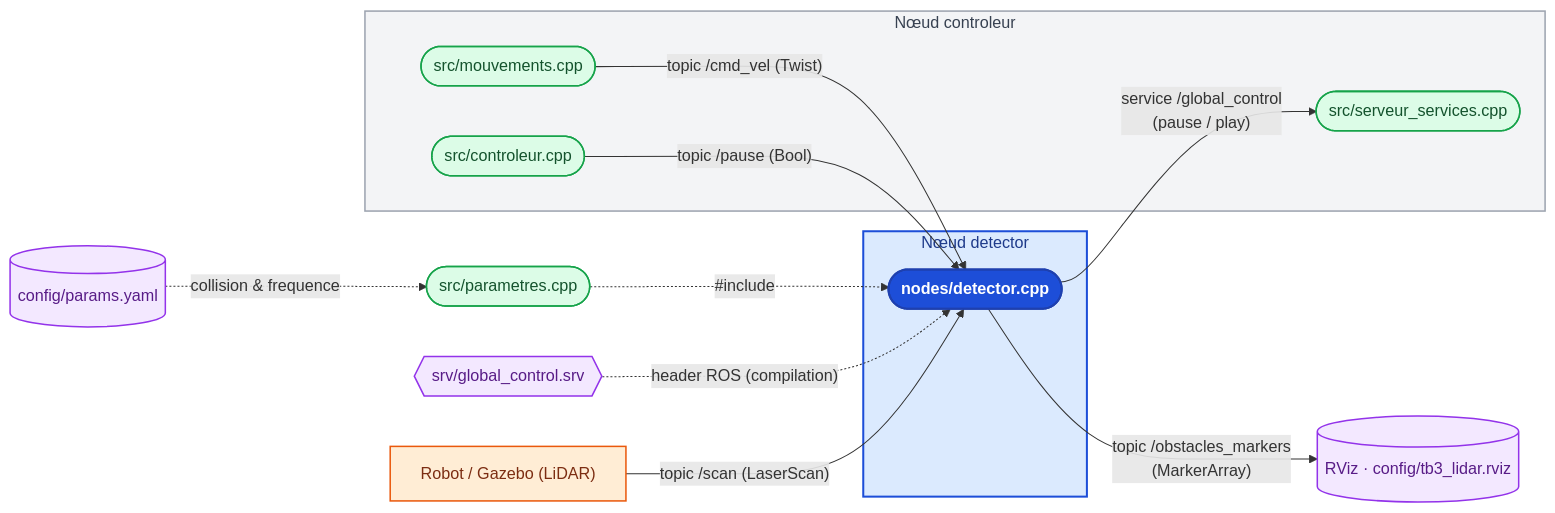
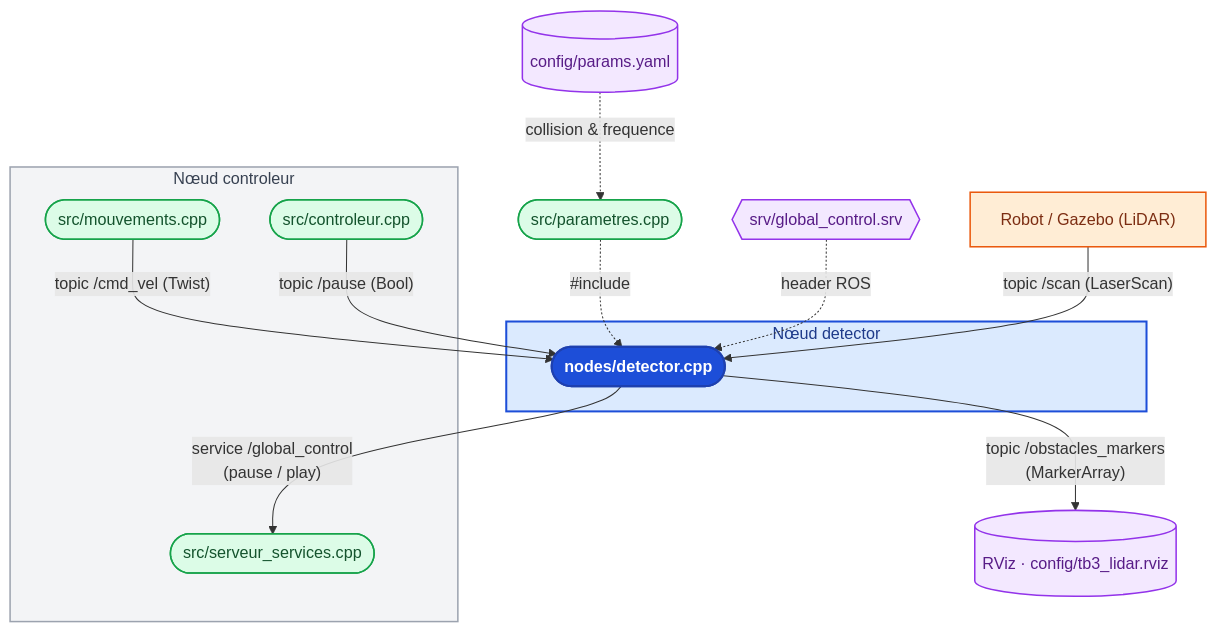
One commit to benoitdekeyn/E4SE_TD_TP changed the seventh of 7 diagrams in robotique_et_navigation/Rapport/Rapport.md. Above: the diagram before and after it, drawn with Mermaid. The commit also changed other lines of this file and 2 other files, not shown here.

Commit message:
Architecture globale complète

````diff
--- a/robotique_et_navigation/Rapport/Rapport.md
+++ b/robotique_et_navigation/Rapport/Rapport.md
@@ -391,41 +391,41 @@
 ```mermaid
-flowchart LR
+flowchart TB
     C_PARAMS[("`config/params.yaml`")]
     M_PARAMS(["`src/parametres.cpp`"])
     S_CTRL{{"`srv/global_control.srv`"}}
     LIDAR["`Robot / Gazebo (LiDAR)`"]
 
     subgraph SG_DET["Nœud detector"]
         NODE(["`**nodes/detector.cpp**`"])
     end
 
     subgraph SG_CTRL["Nœud controleur"]
         N_MVT(["`src/mouvements.cpp`"])
         N_CTRL(["`src/controleur.cpp`"])
         N_SSRV(["`src/serveur_services.cpp`"])
     end
 
     RVIZ[("`RViz · config/tb3_lidar.rviz`")]
 
     C_PARAMS -.->|"collision & frequence"| M_PARAMS
     M_PARAMS -.->|"#include"| NODE
-    S_CTRL -.->|"header ROS (compilation)"| NODE
+    S_CTRL -.->|"header ROS"| NODE
 
     LIDAR -->|"topic /scan (LaserScan)"| NODE
     N_MVT -->|"topic /cmd_vel (Twist)"| NODE
     N_CTRL -->|"topic /pause (Bool)"| NODE
 
     NODE -->|"service /global_control<br/>(pause / play)"| N_SSRV
     NODE -->|"topic /obstacles_markers<br/>(MarkerArray)"| RVIZ
 
     classDef cpp fill:#dcfce7,stroke:#16a34a,stroke-width:1.5px,color:#14532d
     classDef autre fill:#f3e8ff,stroke:#9333ea,stroke-width:1.5px,color:#581c87
     classDef ext fill:#ffedd5,stroke:#ea580c,stroke-width:1.5px,color:#7c2d12
 
     class M_PARAMS,N_MVT,N_CTRL,N_SSRV cpp
     class C_PARAMS,S_CTRL,RVIZ autre
     class LIDAR ext
     style SG_DET fill:#dbeafe,stroke:#1d4ed8,stroke-width:2px,color:#1e3a8a
     style NODE fill:#1d4ed8,stroke:#1e40af,stroke-width:2px,color:#ffffff
     style SG_CTRL fill:#f3f4f6,stroke:#9ca3af,stroke-width:1.5px,color:#374151
 ```
````
